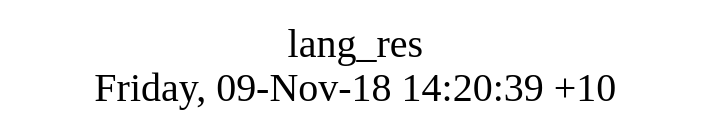
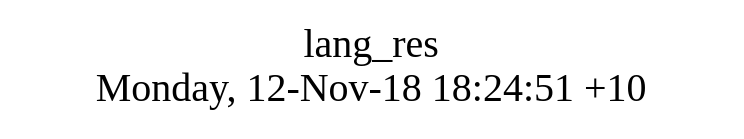
One commit to AplaProject/apps changed the diagram in src/lang_res/struct.dot. Above: the diagram before and after it, drawn with Graphviz. The commit also changed 8 other files, not shown here.

```diff
--- a/src/lang_res/struct.dot
+++ b/src/lang_res/struct.dot
@@ -1,8 +1,8 @@
 digraph G {
 fontsize="24";
-label="lang_res\nFriday, 09-Nov-18 14:20:39 +10";
+label="lang_res\nMonday, 12-Nov-18 18:24:51 +10";
 nojustify=true;
 ordering=out;
 rankdir=LR;
 size="30";
 }
```
